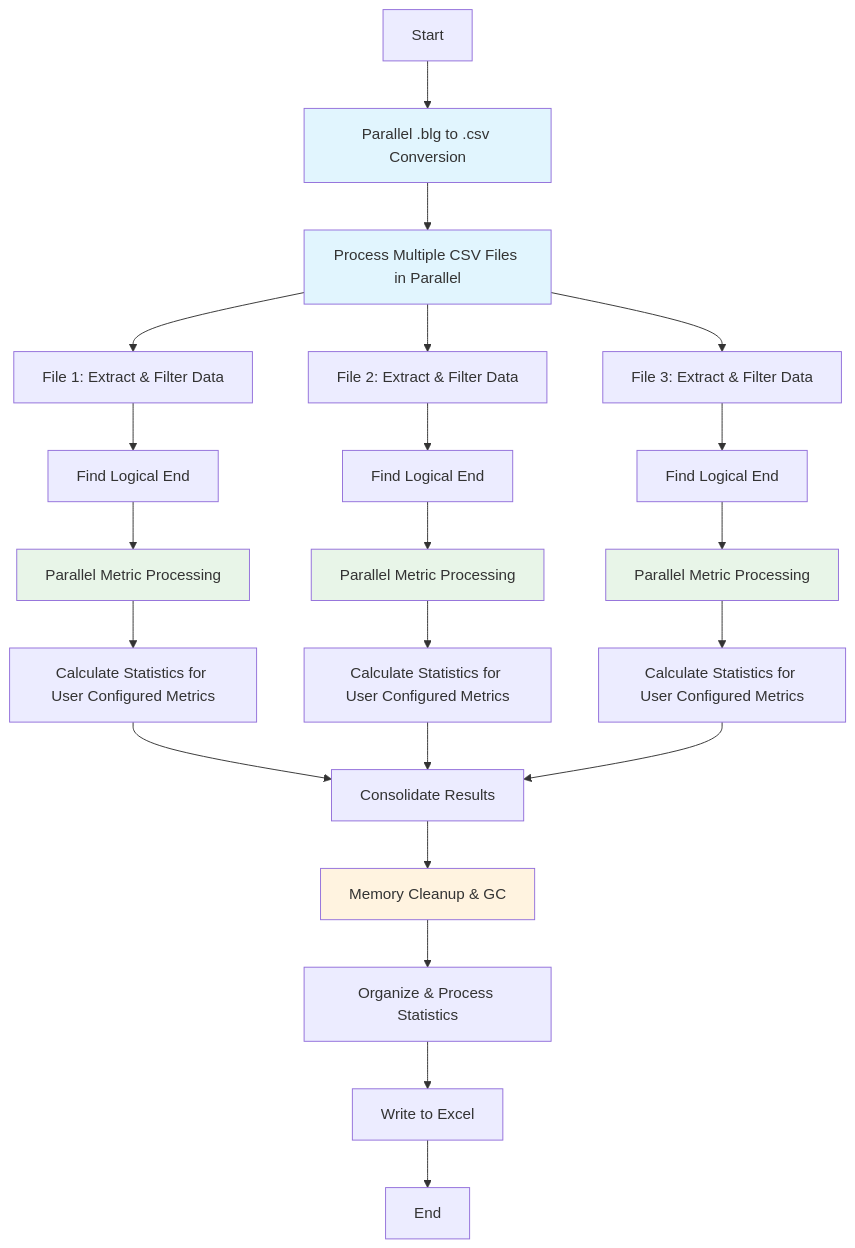
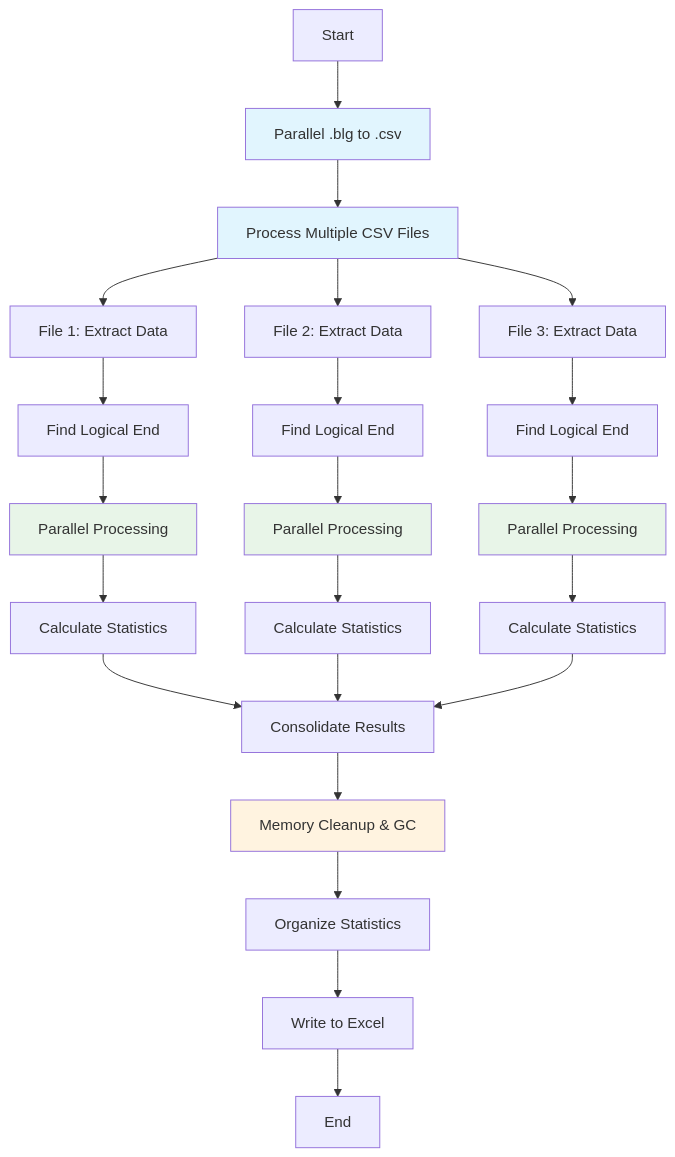
One commit to Mahesh-MSFT/perfmon-analysis changed the second of 3 diagrams in README.md. Above: the diagram before and after it, drawn with Mermaid. The commit also changed other lines of this file, not shown here.

Commit message:
refactor: Simplify flowchart labels for clarity in processing options

````diff
--- a/README.md
+++ b/README.md
@@ -112,37 +112,37 @@
 ```mermaid
 flowchart TD
-    A[Start] --> B[Parallel .blg to .csv Conversion]
-    B --> C[Process Multiple CSV Files in Parallel]
+    A[Start] --> B[Parallel .blg to .csv]
+    B --> C[Process Multiple CSV Files]
     
-    C --> D1[File 1: Extract & Filter Data]
-    C --> D2[File 2: Extract & Filter Data]
-    C --> D3[File 3: Extract & Filter Data]
+    C --> D1[File 1: Extract Data]
+    C --> D2[File 2: Extract Data]
+    C --> D3[File 3: Extract Data]
     
     D1 --> E1[Find Logical End]
     D2 --> E2[Find Logical End]
     D3 --> E3[Find Logical End]
     
-    E1 --> F1[Parallel Metric Processing]
-    E2 --> F2[Parallel Metric Processing]
-    E3 --> F3[Parallel Metric Processing]
+    E1 --> F1[Parallel Processing]
+    E2 --> F2[Parallel Processing]
+    E3 --> F3[Parallel Processing]
     
-    F1 --> G1[Calculate Statistics for User Configured Metrics]
-    F2 --> G2[Calculate Statistics for User Configured Metrics]
-    F3 --> G3[Calculate Statistics for User Configured Metrics]
+    F1 --> G1[Calculate Statistics]
+    F2 --> G2[Calculate Statistics]
+    F3 --> G3[Calculate Statistics]
     
     G1 --> H[Consolidate Results]
     G2 --> H
     G3 --> H
     
     H --> I[Memory Cleanup & GC]
-    I --> J[Organize & Process Statistics]
+    I --> J[Organize Statistics]
     J --> K[Write to Excel]
     K --> L[End]
     
     style B fill:#e1f5fe
     style C fill:#e1f5fe
     style F1 fill:#e8f5e8
     style F2 fill:#e8f5e8
     style F3 fill:#e8f5e8
     style I fill:#fff3e0
 ```
````
